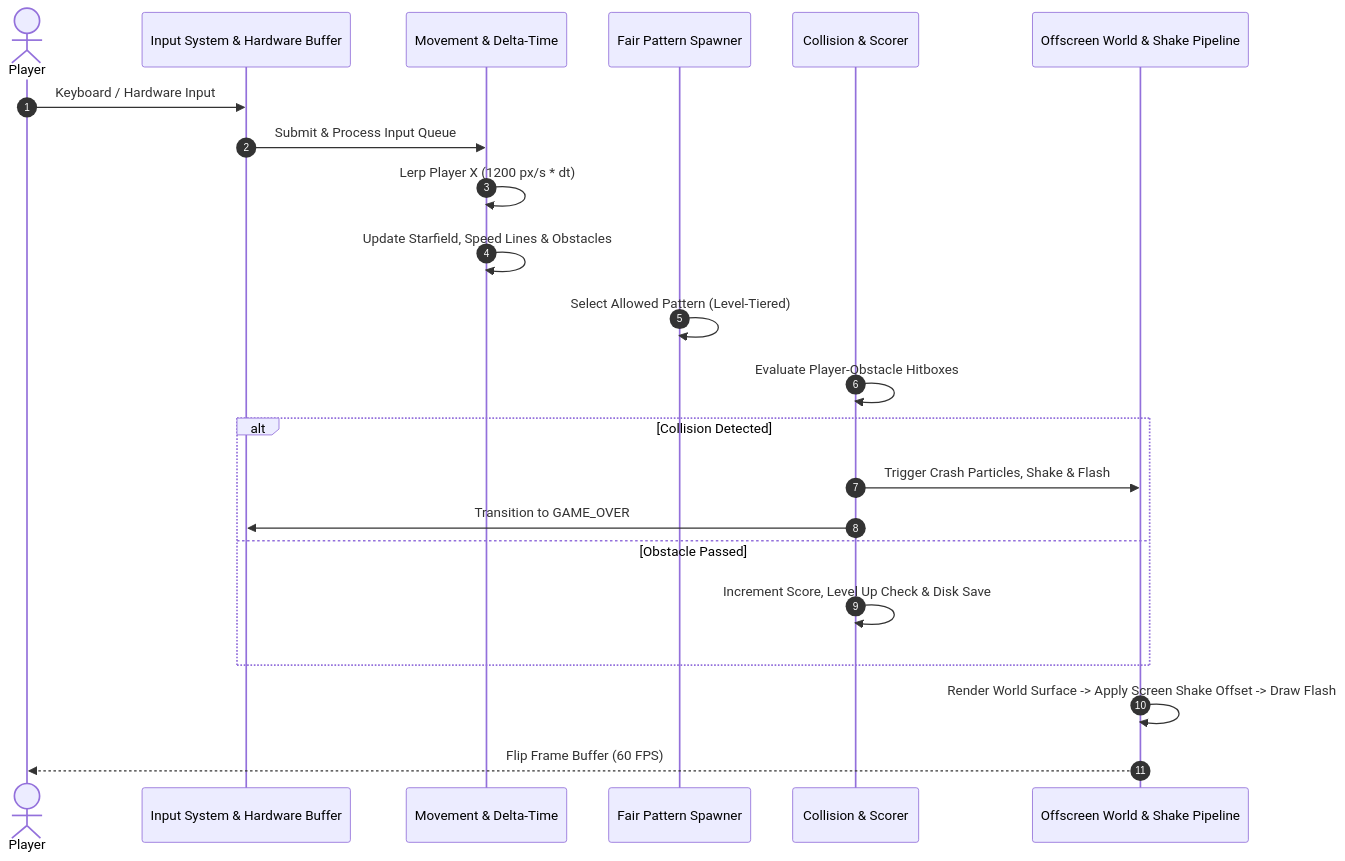
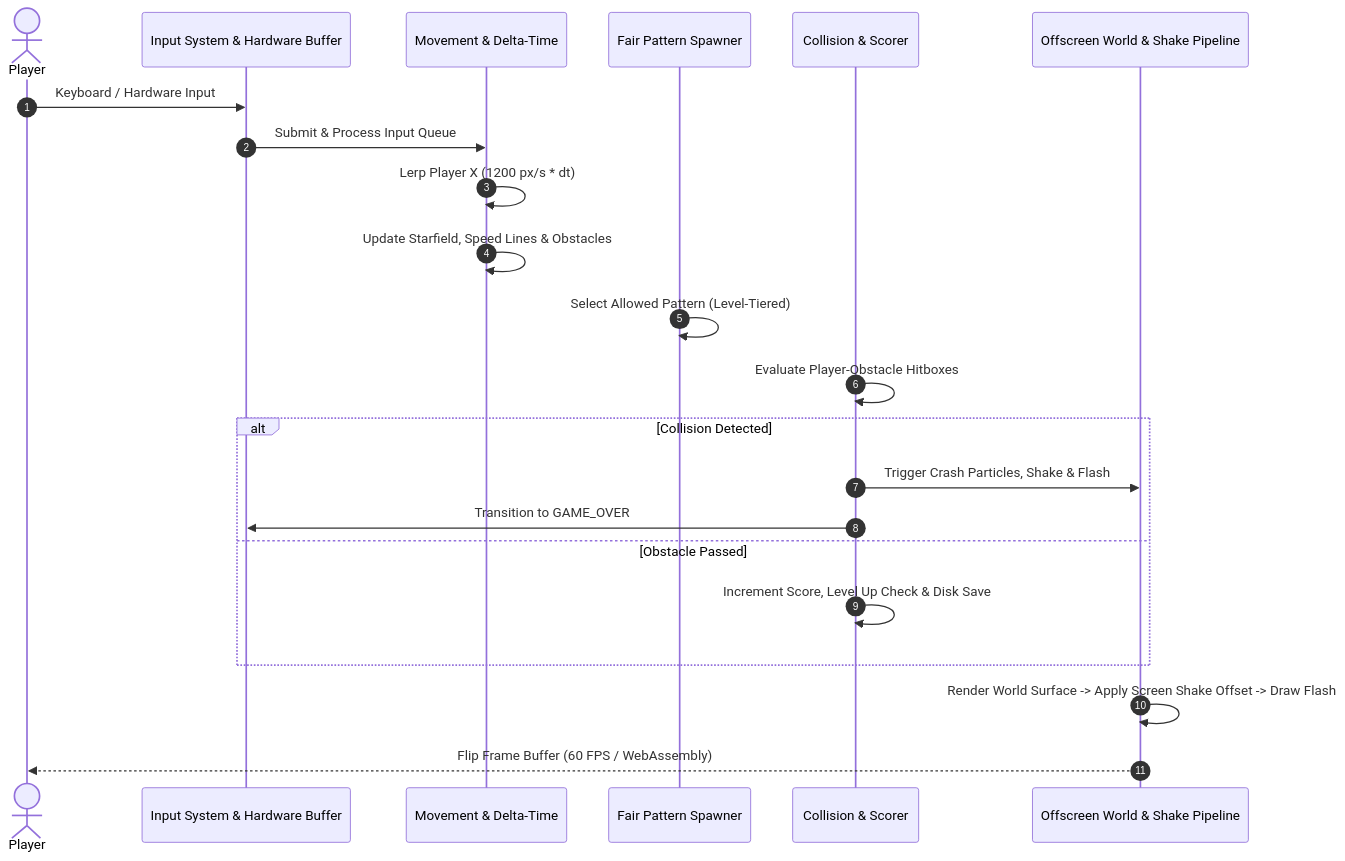
Before and after one commit to Snigdha-0210/Shift: the second of 2 diagrams in README.md, drawn with Mermaid. The commit also changed other lines of this file and 4 other files, not shown here.

Commit message:
feat: add Pygbag WebAssembly deployment pipeline, GitHub Actions workflow, and async event loop

````diff
--- a/README.md
+++ b/README.md
@@ -79,25 +81,25 @@
 ```mermaid
 sequenceDiagram
     autonumber
     actor Player
     participant EventLoop as Input System & Hardware Buffer
     participant PhysicsEngine as Movement & Delta-Time
     participant Spawner as Fair Pattern Spawner
     participant CollisionSystem as Collision & Scorer
     participant Renderer as Offscreen World & Shake Pipeline
 
     Player->>EventLoop: Keyboard / Hardware Input
     EventLoop->>PhysicsEngine: Submit & Process Input Queue
     PhysicsEngine->>PhysicsEngine: Lerp Player X (1200 px/s * dt)
     PhysicsEngine->>PhysicsEngine: Update Starfield, Speed Lines & Obstacles
     Spawner->>Spawner: Select Allowed Pattern (Level-Tiered)
     CollisionSystem->>CollisionSystem: Evaluate Player-Obstacle Hitboxes
     alt Collision Detected
         CollisionSystem->>Renderer: Trigger Crash Particles, Shake & Flash
         CollisionSystem->>EventLoop: Transition to GAME_OVER
     else Obstacle Passed
         CollisionSystem->>CollisionSystem: Increment Score, Level Up Check & Disk Save
     end
     Renderer->>Renderer: Render World Surface -> Apply Screen Shake Offset -> Draw Flash
-    Renderer-->>Player: Flip Frame Buffer (60 FPS)
+    Renderer-->>Player: Flip Frame Buffer (60 FPS / WebAssembly)
 ```
````
